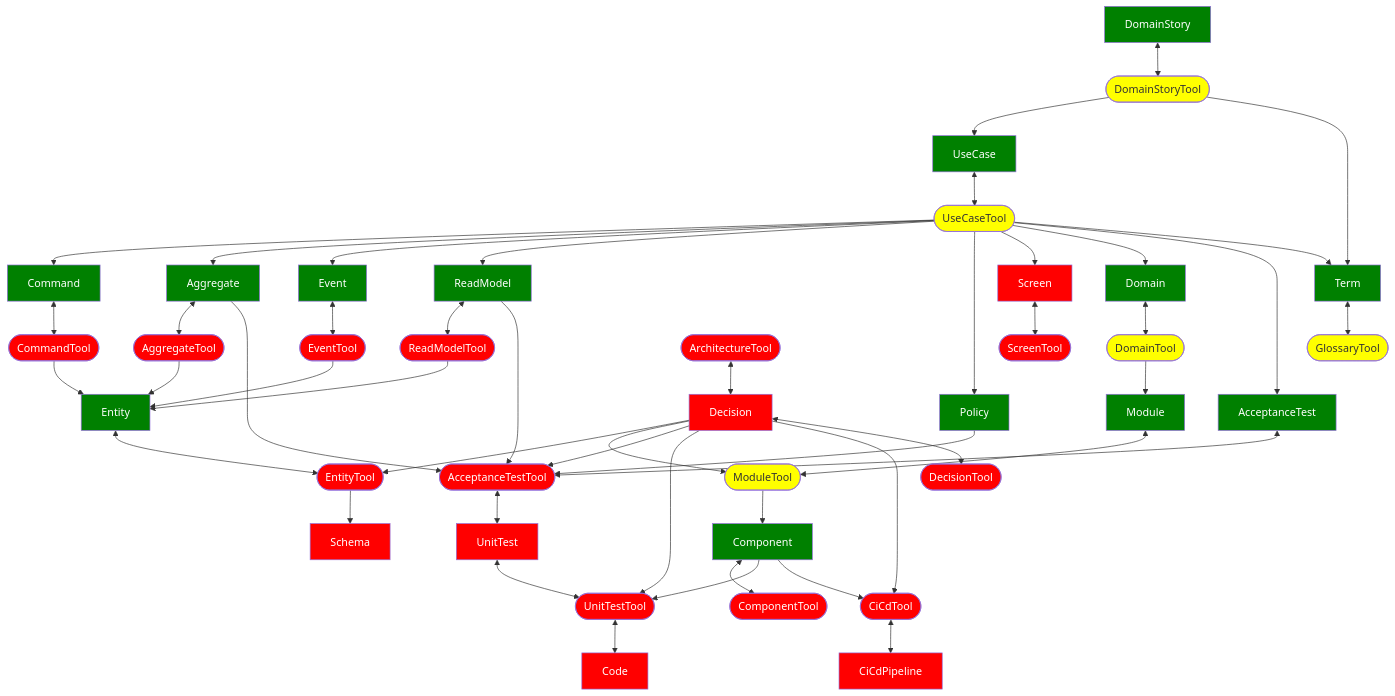
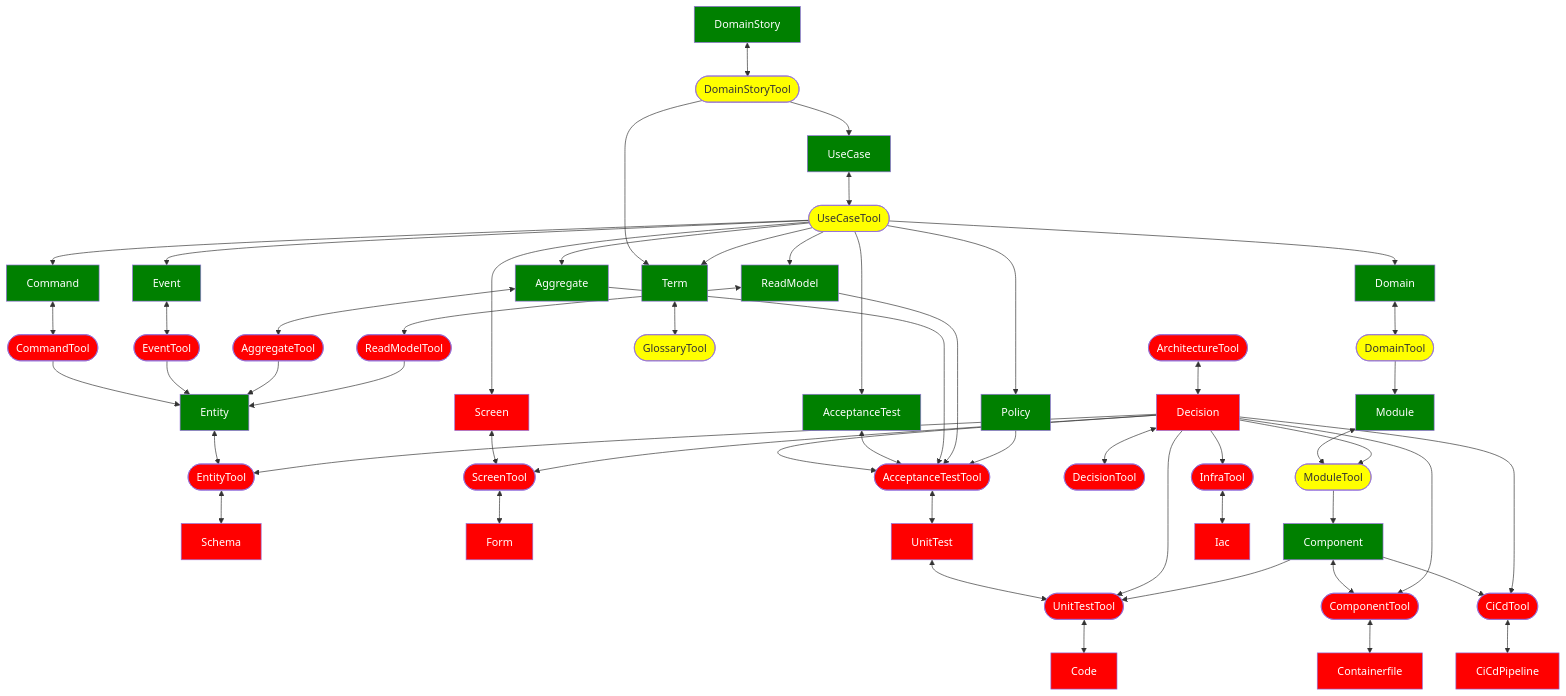
One commit to setms/sew changed the second of 2 diagrams in swe/src/main/ideas/tools.md. Above: the diagram before and after it, drawn with Mermaid.

Commit message:
Added infrastructure and UI

````diff
--- a/swe/src/main/ideas/tools.md
+++ b/swe/src/main/ideas/tools.md
@@ -68,6 +68,7 @@
     DecisionTool([DecisionTool])
     ArchitectureTool([ArchitectureTool])
     ScreenTool([ScreenTool])
+    InfraTool([InfraTool])
     
     DomainStory <--> DomainStoryTool
     DomainStoryTool --> UseCase
@@ -77,19 +78,21 @@
     CommandTool --> Entity
     UseCaseTool --> Aggregate
     Aggregate <--> AggregateTool
-    AggregateTool --> Entity
     UseCaseTool --> Event 
     Event <--> EventTool
     EventTool --> Entity
+    AggregateTool --> Entity
     UseCaseTool --> ReadModel
     ReadModel <--> ReadModelTool
     ReadModelTool --> Entity
     Entity <--> EntityTool
     Decision --> EntityTool
-    EntityTool --> Schema
+    EntityTool <--> Schema
     UseCaseTool --> Policy
     UseCaseTool --> Screen
     Screen <--> ScreenTool
+    Decision --> ScreenTool
+    ScreenTool <--> Form
     UseCaseTool --> Domain
     Domain <--> DomainTool
     DomainTool --> Module
@@ -97,6 +100,8 @@
     Decision --> ModuleTool
     ModuleTool --> Component
     Component <--> ComponentTool
+    Decision --> ComponentTool
+    ComponentTool <--> Containerfile
     UseCaseTool --> AcceptanceTest
     Decision --> AcceptanceTestTool
     AcceptanceTest <--> AcceptanceTestTool
@@ -116,6 +121,8 @@
     UseCaseTool --> Term
     Decision <--> DecisionTool
     ArchitectureTool <--> Decision
+    Decision --> InfraTool
+    InfraTool <--> Iac
 
     class DomainStory done;
     class DomainStoryTool wip;
@@ -153,4 +160,8 @@
     class ArchitectureTool todo;
     class Screen todo;
     class ScreenTool todo;
+    class Containerfile todo;
+    class Form todo;
+    class InfraTool todo;
+    class Iac todo;
 ```
````
